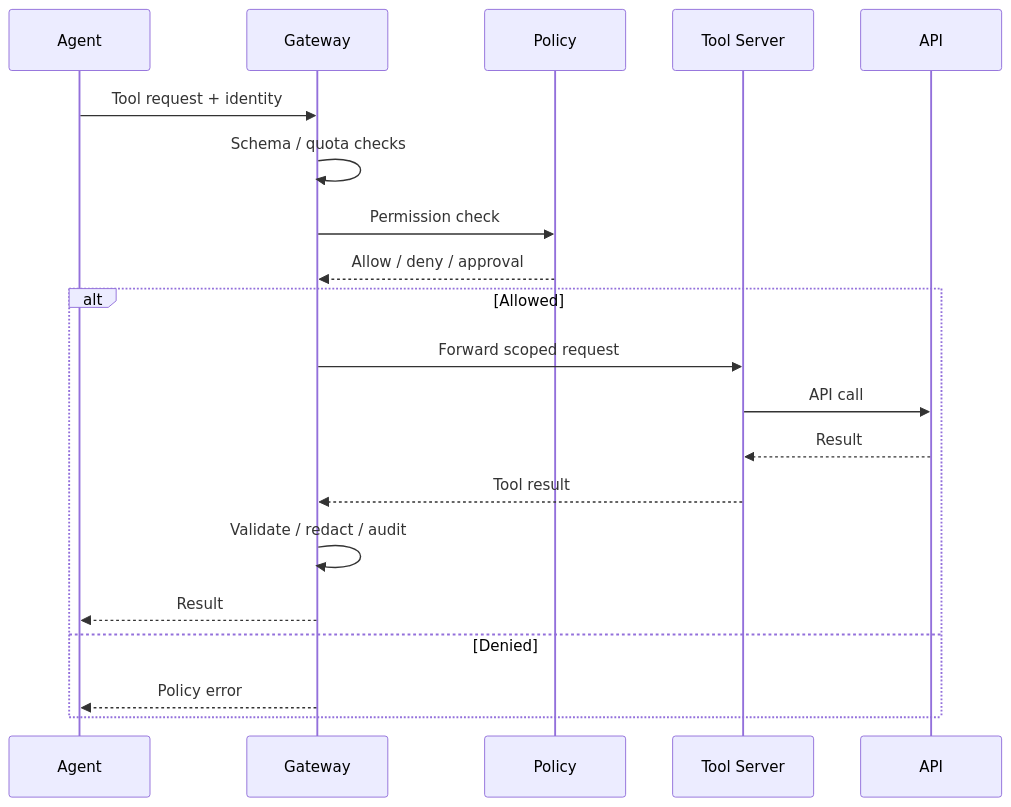
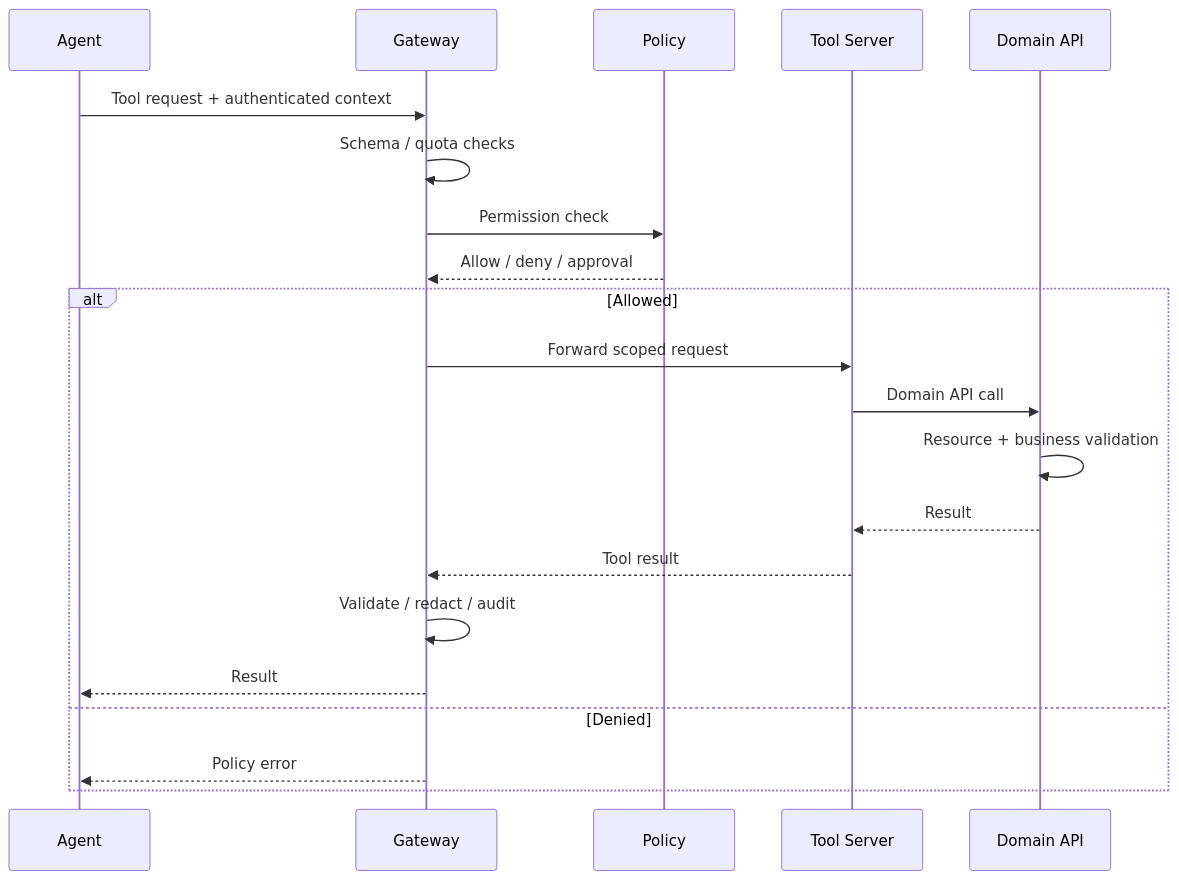
One commit to shomi-khan/preparation changed the second of 2 diagrams in notes/module-02-from-one-agent-to-a-system/05-ai-gateway.md. Above: the diagram before and after it, drawn with Mermaid. The commit also changed other lines of this file, not shown here.

````diff
--- a/notes/module-02-from-one-agent-to-a-system/05-ai-gateway.md
+++ b/notes/module-02-from-one-agent-to-a-system/05-ai-gateway.md
@@ -39,22 +86,23 @@
 ```mermaid
 sequenceDiagram
     participant A as Agent
     participant G as Gateway
     participant P as Policy
     participant S as Tool Server
-    participant E as API
-    A->>G: Tool request + identity
+    participant E as Domain API
+    A->>G: Tool request + authenticated context
     G->>G: Schema / quota checks
     G->>P: Permission check
     P-->>G: Allow / deny / approval
     alt Allowed
         G->>S: Forward scoped request
-        S->>E: API call
+        S->>E: Domain API call
+        E->>E: Resource + business validation
         E-->>S: Result
         S-->>G: Tool result
         G->>G: Validate / redact / audit
         G-->>A: Result
     else Denied
         G-->>A: Policy error
     end
 ```
````
